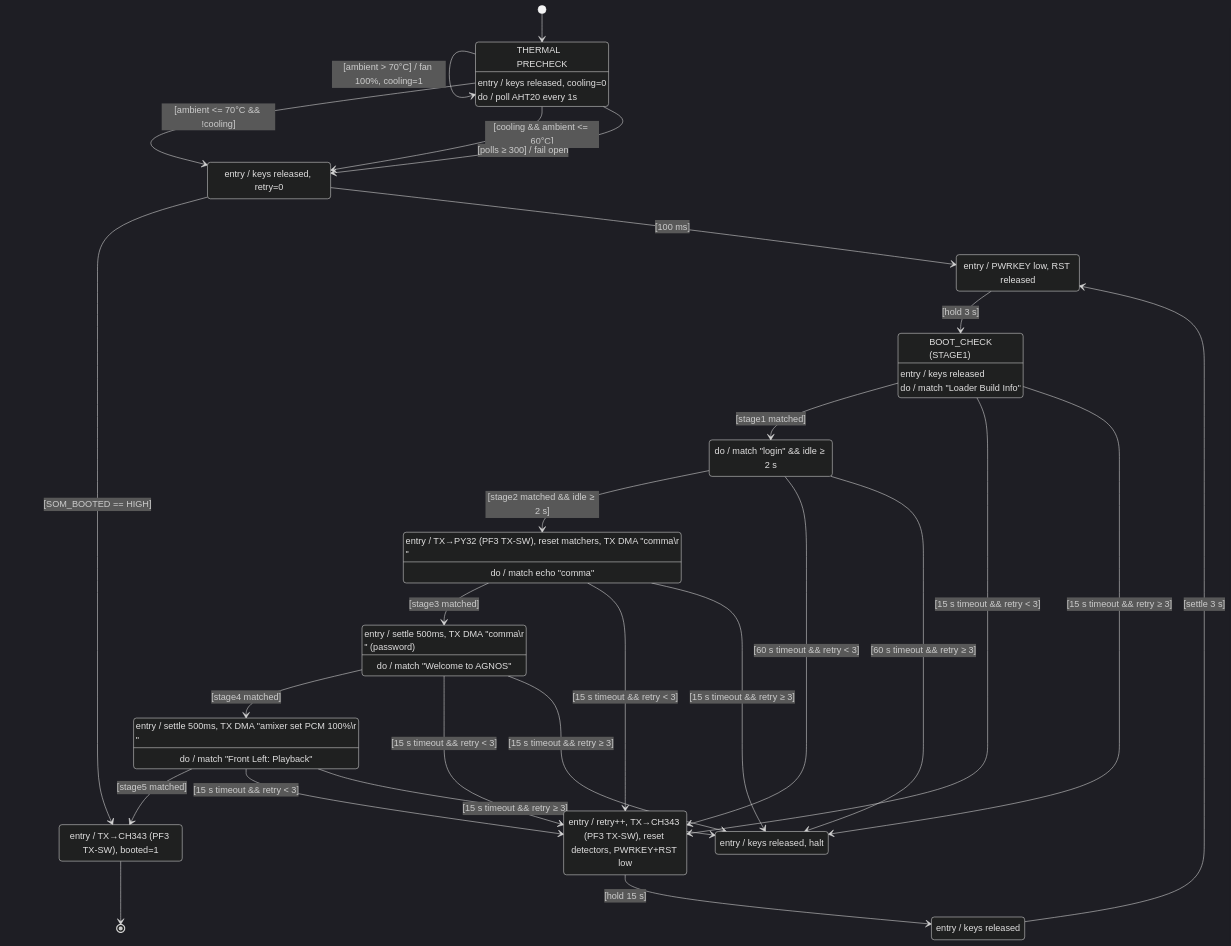
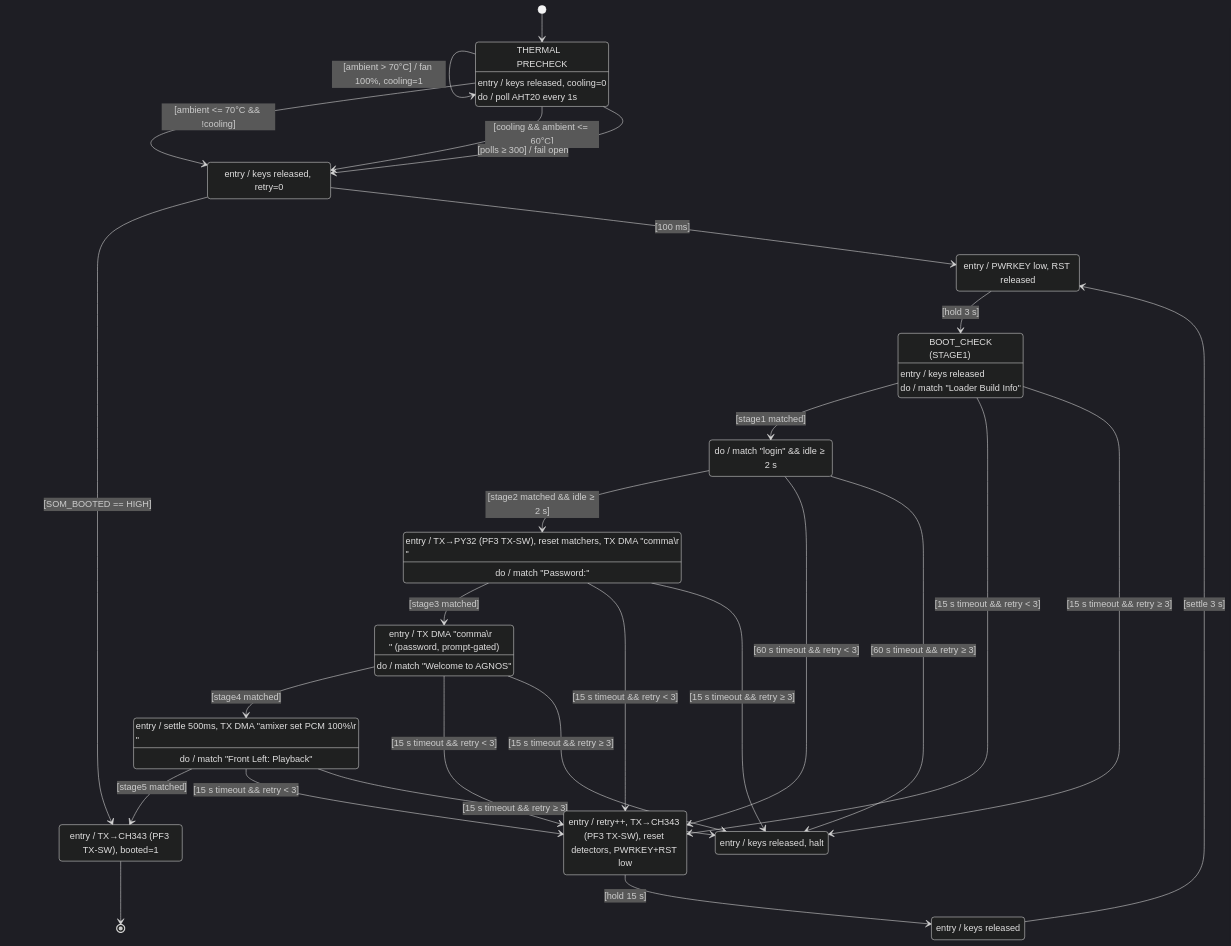
Before and after one commit to Vkd4U2NtVkZOVg/py32_control: diagram 16 of 16 in WORKLOG.md, drawn with Mermaid (dark theme). The commit also changed other lines of this file and 4 other files, not shown here.

First line of the commit message:
fix(sdm845): gate STAGE3->STAGE4 on the Password: prompt, not the echo

````diff
--- a/WORKLOG.md
+++ b/WORKLOG.md
@@ -1811,62 +1811,62 @@
 ```mermaid
 stateDiagram-v2
     direction TB
 
     [*] --> THERMAL_PRECHECK
 
     state "THERMAL\nPRECHECK" as THERMAL_PRECHECK
     THERMAL_PRECHECK : entry / keys released, cooling=0
     THERMAL_PRECHECK : do / poll AHT20 every 1s
     THERMAL_PRECHECK --> THERMAL_PRECHECK : [ambient > 70°C] / fan 100%, cooling=1
     THERMAL_PRECHECK --> POWER_ON_WAIT : [ambient <= 70°C && !cooling]
     THERMAL_PRECHECK --> POWER_ON_WAIT : [cooling && ambient <= 60°C]
     THERMAL_PRECHECK --> POWER_ON_WAIT : [polls ≥ 300] / fail open
 
     POWER_ON_WAIT : entry / keys released, retry=0
     POWER_ON_WAIT --> BOOT_SUCCESS : [SOM_BOOTED == HIGH]
     POWER_ON_WAIT --> PWR_PRESS : [100 ms]
 
     PWR_PRESS : entry / PWRKEY low, RST released
     PWR_PRESS --> BOOT_CHECK : [hold 3 s]
 
     state "BOOT_CHECK\n(STAGE1)" as BOOT_CHECK
     BOOT_CHECK : entry / keys released
     BOOT_CHECK : do / match "Loader Build Info"
     BOOT_CHECK --> STAGE2_WAIT : [stage1 matched]
     BOOT_CHECK --> BOOT_RESET : [15 s timeout && retry < 3]
     BOOT_CHECK --> STRAP_FAIL : [15 s timeout && retry ≥ 3]
 
     STAGE2_WAIT : do / match "login" && idle ≥ 2 s
     STAGE2_WAIT --> STAGE3_WAIT : [stage2 matched && idle ≥ 2 s]
     STAGE2_WAIT --> BOOT_RESET : [60 s timeout && retry < 3]
     STAGE2_WAIT --> STRAP_FAIL : [60 s timeout && retry ≥ 3]
 
     STAGE3_WAIT : entry / TX→PY32 (PF3 TX-SW), reset matchers, TX DMA "comma\r\n"
-    STAGE3_WAIT : do / match echo "comma"
+    STAGE3_WAIT : do / match "Password:"
     STAGE3_WAIT --> STAGE4_WAIT : [stage3 matched]
     STAGE3_WAIT --> BOOT_RESET : [15 s timeout && retry < 3]
     STAGE3_WAIT --> STRAP_FAIL : [15 s timeout && retry ≥ 3]
 
-    STAGE4_WAIT : entry / settle 500ms, TX DMA "comma\r\n" (password)
+    STAGE4_WAIT : entry / TX DMA "comma\r\n" (password, prompt-gated)
     STAGE4_WAIT : do / match "Welcome to AGNOS"
     STAGE4_WAIT --> STAGE5_WAIT : [stage4 matched]
     STAGE4_WAIT --> BOOT_RESET : [15 s timeout && retry < 3]
     STAGE4_WAIT --> STRAP_FAIL : [15 s timeout && retry ≥ 3]
 
     STAGE5_WAIT : entry / settle 500ms, TX DMA "amixer set PCM 100%\r\n"
     STAGE5_WAIT : do / match "Front Left: Playback"
     STAGE5_WAIT --> BOOT_SUCCESS : [stage5 matched]
     STAGE5_WAIT --> BOOT_RESET : [15 s timeout && retry < 3]
     STAGE5_WAIT --> STRAP_FAIL : [15 s timeout && retry ≥ 3]
 
     BOOT_SUCCESS : entry / TX→CH343 (PF3 TX-SW), booted=1
     BOOT_SUCCESS --> [*]
 
     BOOT_RESET : entry / retry++, TX→CH343 (PF3 TX-SW), reset detectors, PWRKEY+RST low
     BOOT_RESET --> PMIC_SETTLE : [hold 15 s]
 
     PMIC_SETTLE : entry / keys released
     PMIC_SETTLE --> PWR_PRESS : [settle 3 s]
 
     STRAP_FAIL : entry / keys released, halt
 ```
````
